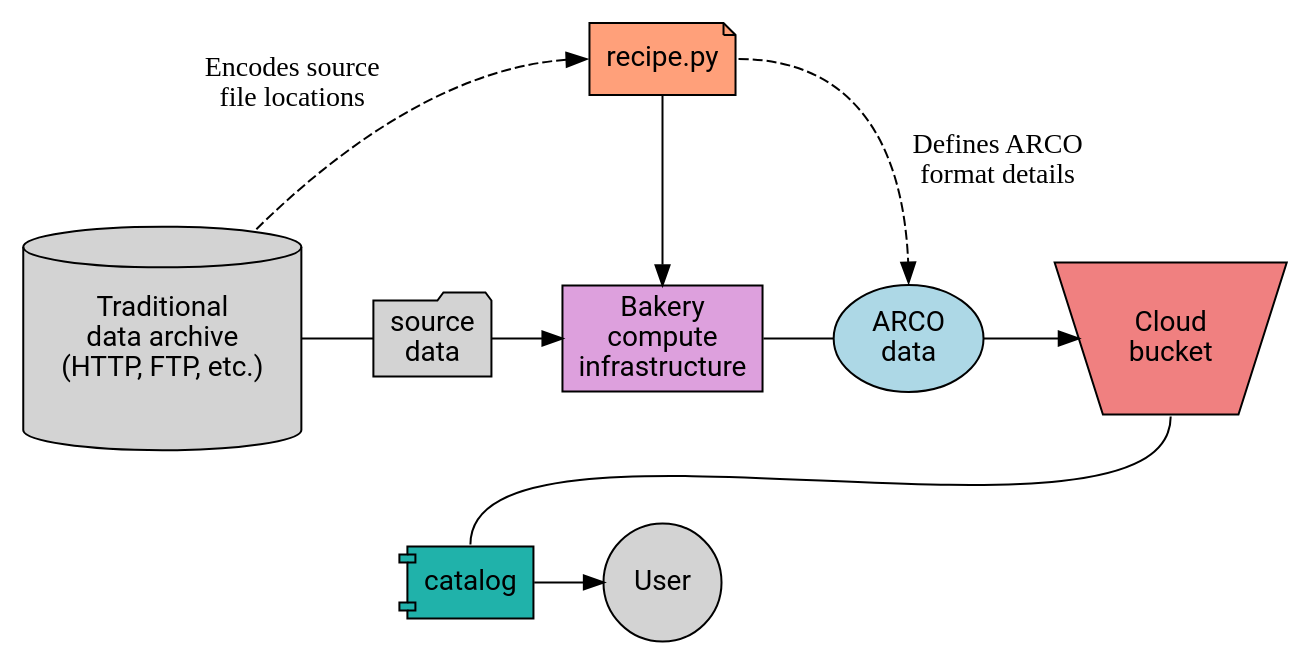
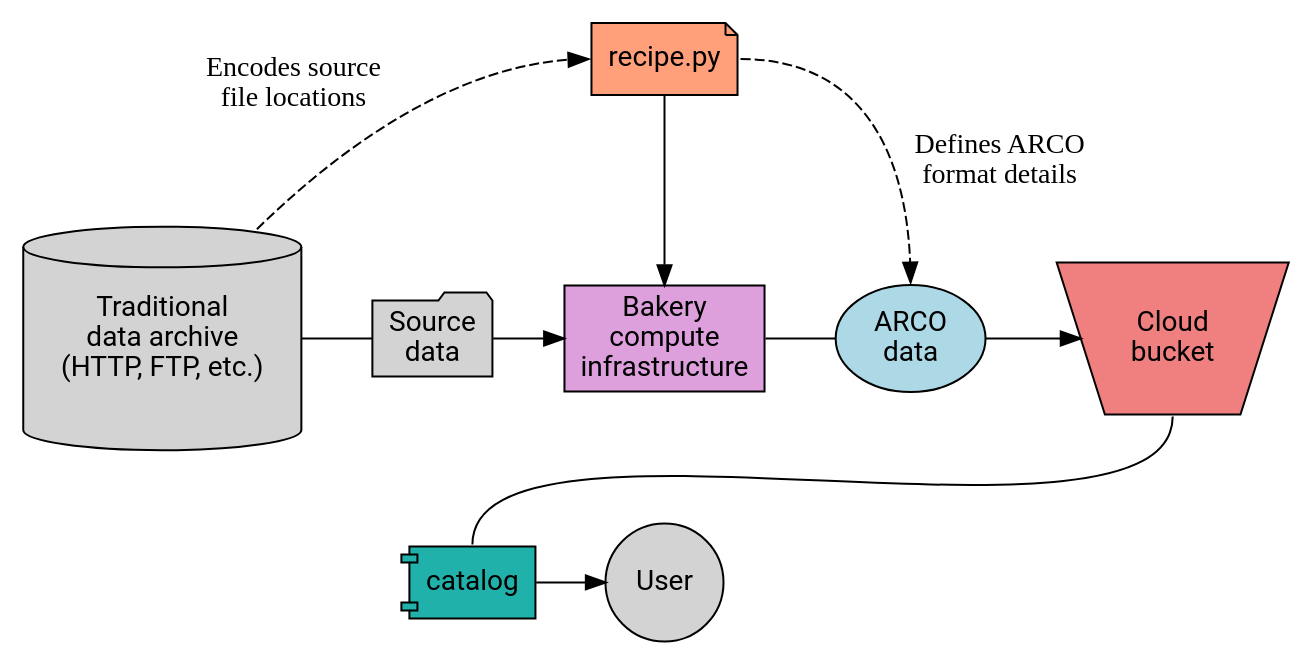
The diagram in architecture.gv (pangeo-forge/flow-charts), drawn with Graphviz before and after one commit.

Commit message:
edit node label

```diff
--- a/architecture.gv
+++ b/architecture.gv
@@ -1,32 +1,32 @@
 digraph architecture {
     node [style="filled", fontname="Roboto"];
     
     recipe [shape=note, label="recipe.py", fillcolor=lightsalmon1]
     
-    files [shape=folder, label="source\ndata"]
+    files [shape=folder, label="Source\ndata"]
     arco [label="ARCO\ndata", fillcolor=lightblue]
     bakery [shape=box, fillcolor=plum, label="Bakery\ncompute\ninfrastructure"]
     source [shape=cylinder, label="Traditional\ndata archive\n(HTTP, FTP, etc.)", margin="0.25"]
     target [shape=invtrapezium, fillcolor=lightcoral, label="Cloud\nbucket"]
     catalog [shape=component, fillcolor=lightseagreen]
     user [shape=circle, label="User"]
 
     recipe -> bakery 
     source -> files [arrowhead=none]
     files -> bakery
     bakery -> arco [arrowhead=none]
     arco -> target
     source -> recipe:w [style=dashed, xlabel="Encodes source\nfile locations"]
     recipe:e -> arco:n [style=dashed, label="Defines ARCO\nformat details"]
     target:s -> catalog:n [arrowhead=none]
     catalog -> user
 
     {rank=min; recipe}
     {rank=same; source; files; bakery; arco; target}
     {rank=same; catalog; user}
 
     edge[style=invis];
     bakery -> user
     source -> user
     user -> bakery
 }
```
